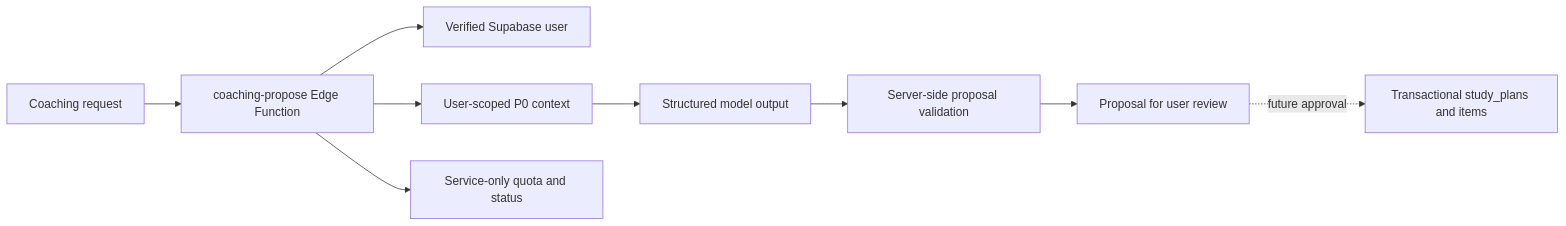
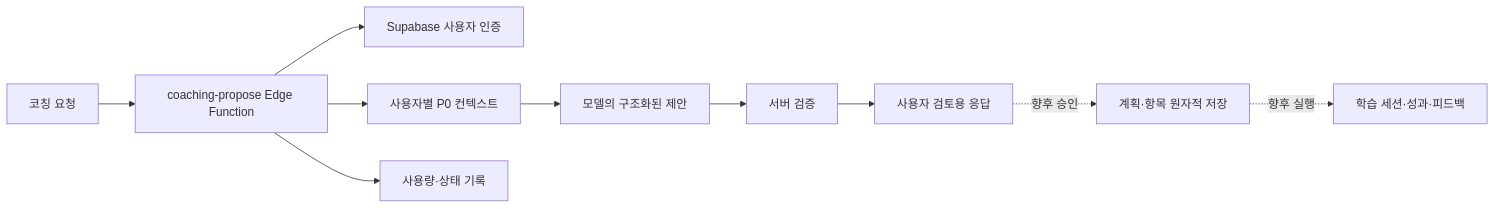
The diagram in docs/database/coaching-harness.md (Ajou1429/unilink), drawn with Mermaid before and after one commit. The commit also changed other lines of this file, not shown here.

Commit message:
docs: integrate planner policy into coaching harness

````diff
--- a/docs/database/coaching-harness.md
+++ b/docs/database/coaching-harness.md
@@ -5,11 +7,12 @@
 ```mermaid
 flowchart LR
-  UI[Coaching request] --> EF[coaching-propose Edge Function]
-  EF --> AUTH[Verified Supabase user]
-  EF --> CTX[User-scoped P0 context]
-  CTX --> MODEL[Structured model output]
-  MODEL --> VALID[Server-side proposal validation]
-  VALID --> REVIEW[Proposal for user review]
-  EF --> JOB[Service-only quota and status]
-  REVIEW -. future approval .-> PLAN[Transactional study_plans and items]
+  UI[코칭 요청] --> EF[coaching-propose Edge Function]
+  EF --> AUTH[Supabase 사용자 인증]
+  EF --> CTX[사용자별 P0 컨텍스트]
+  CTX --> MODEL[모델의 구조화된 제안]
+  MODEL --> VALID[서버 검증]
+  VALID --> REVIEW[사용자 검토용 응답]
+  EF --> JOB[사용량·상태 기록]
+  REVIEW -. 향후 승인 .-> PLAN[계획·항목 원자적 저장]
+  PLAN -. 향후 실행 .-> RESULT[학습 세션·성과·피드백]
 ```
````
